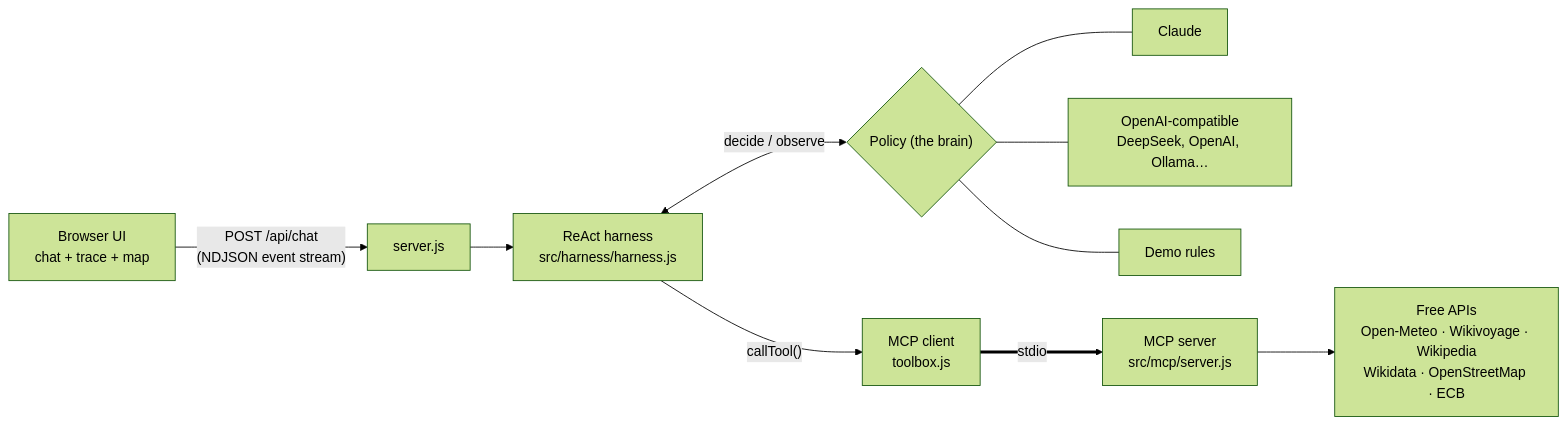
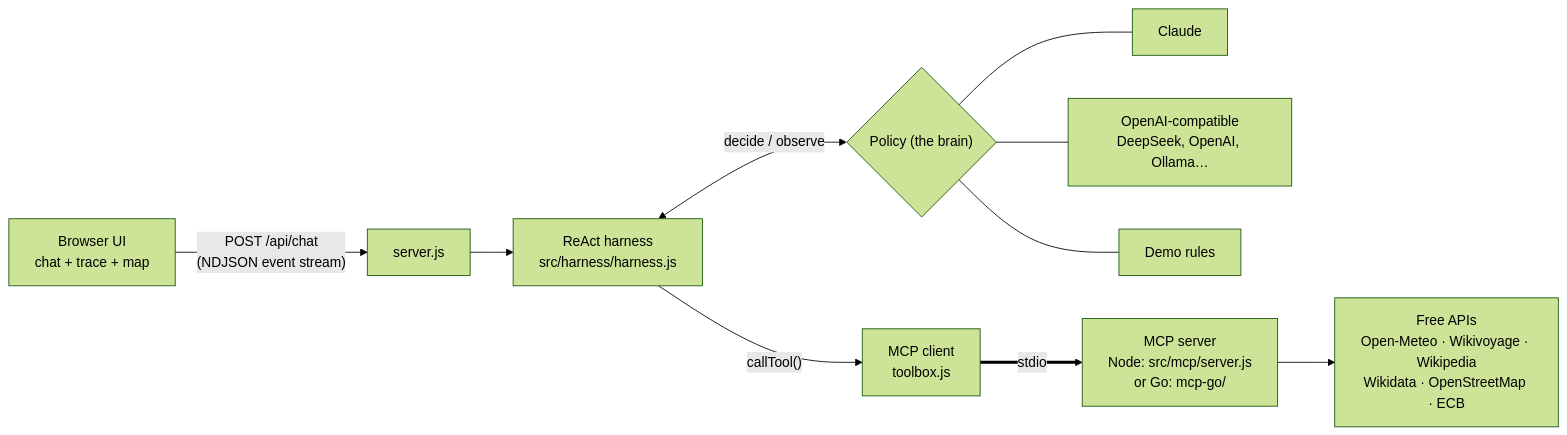
The diagram in README.md (axlezhao/Wanderly-AI-Travel-Agent), drawn with Mermaid (forest theme) before and after one commit. The commit also changed other lines of this file and 24 other files, not shown here.

First line of the commit message:
Add Go MCP server, transport routing, memory, and fix chat scrolling

````diff
--- a/README.md
+++ b/README.md
@@ -37,12 +40,12 @@
 ```mermaid
 flowchart LR
     UI["Browser UI<br/>chat + trace + map"] -- "POST /api/chat<br/>(NDJSON event stream)" --> S[server.js]
     S --> H["ReAct harness<br/>src/harness/harness.js"]
     H <-- "decide / observe" --> P{"Policy (the brain)"}
     P --- C[Claude]
     P --- O["OpenAI-compatible<br/>DeepSeek, OpenAI, Ollama…"]
     P --- D[Demo rules]
     H -- "callTool()" --> T["MCP client<br/>toolbox.js"]
-    T == stdio ==> M["MCP server<br/>src/mcp/server.js"]
+    T == stdio ==> M["MCP server<br/>Node: src/mcp/server.js<br/>or Go: mcp-go/"]
     M --> A["Free APIs<br/>Open-Meteo · Wikivoyage · Wikipedia<br/>Wikidata · OpenStreetMap · ECB"]
 ```
````
